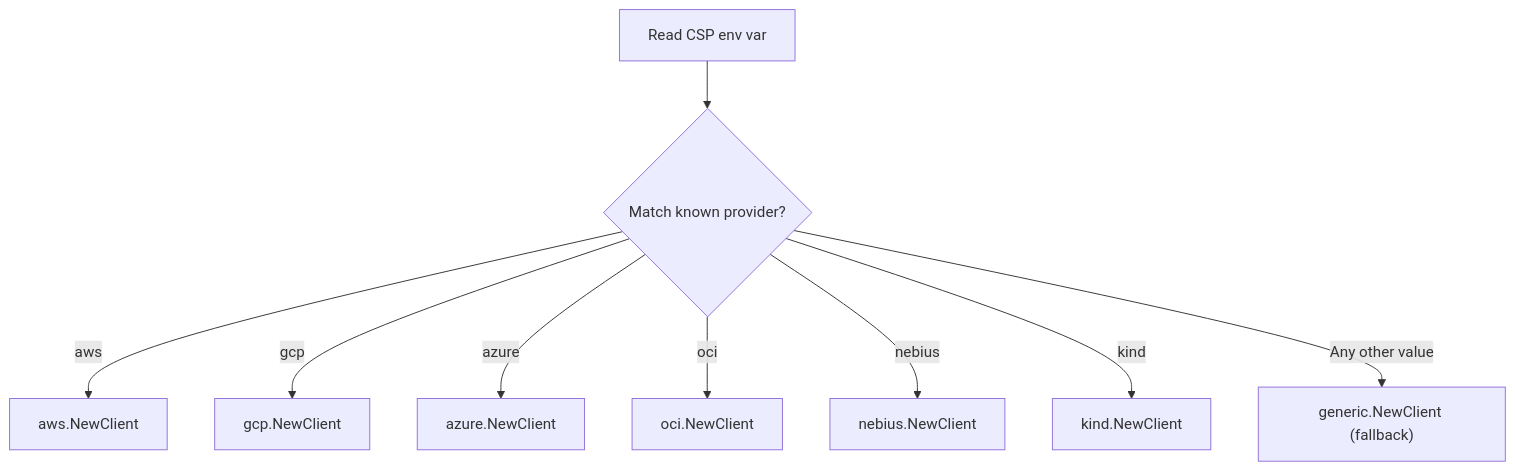
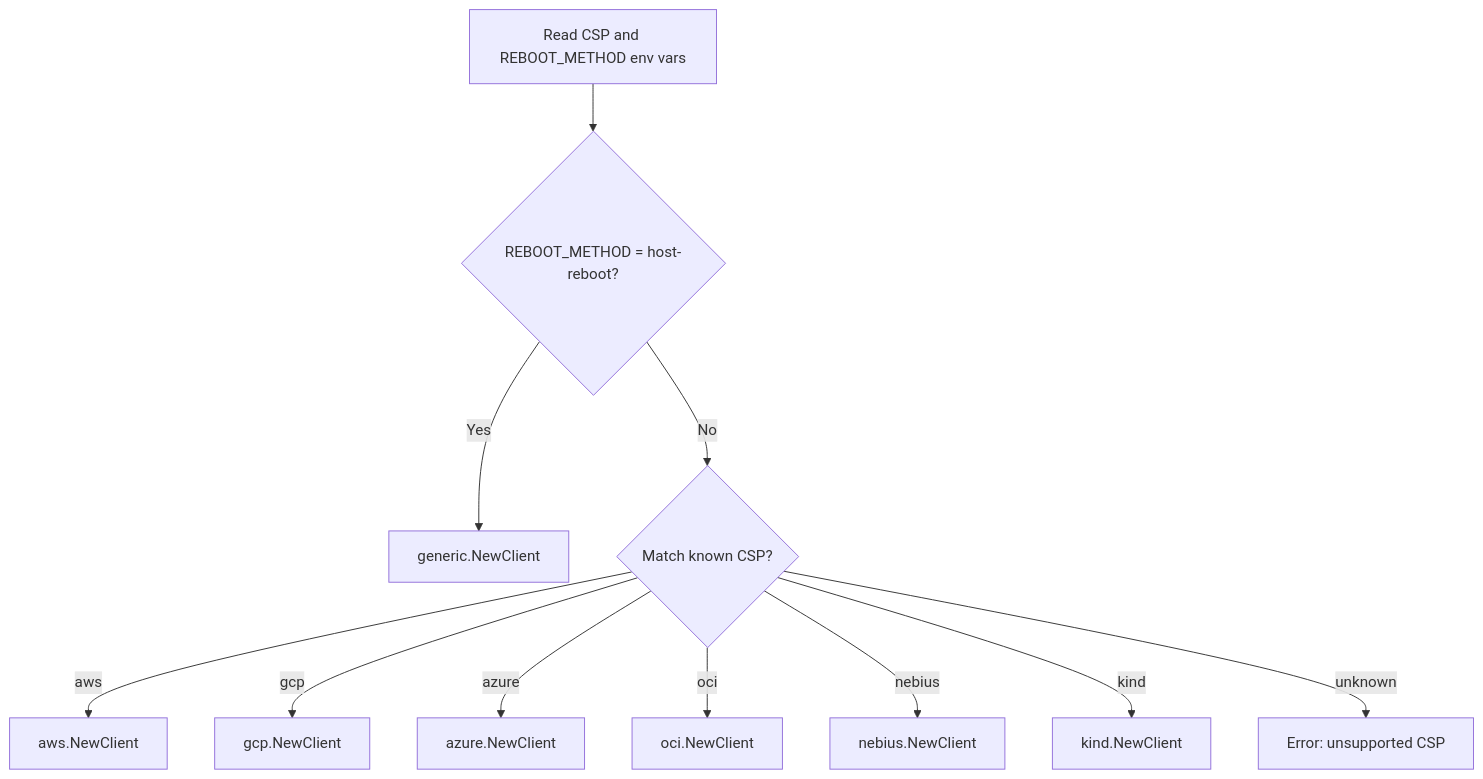
The second of 4 diagrams in docs/designs/028-generic-baremetal-reboot-provider.md (XRFXLP/NVSentinel), drawn with Mermaid before and after one commit. The commit also changed other lines of this file, not shown here.

````diff
--- a/docs/designs/028-generic-baremetal-reboot-provider.md
+++ b/docs/designs/028-generic-baremetal-reboot-provider.md
@@ -42,11 +44,13 @@
 ```mermaid
 flowchart TD
-    Start["Read CSP env var"] --> Switch{"Match known provider?"}
+    Start["Read CSP and REBOOT_METHOD env vars"] --> CheckMethod{"REBOOT_METHOD = host-reboot?"}
+    CheckMethod -->|Yes| GEN["generic.NewClient"]
+    CheckMethod -->|No| Switch{"Match known CSP?"}
     Switch -->|aws| AWS[aws.NewClient]
     Switch -->|gcp| GCP[gcp.NewClient]
     Switch -->|azure| AZR[azure.NewClient]
     Switch -->|oci| OCI[oci.NewClient]
     Switch -->|nebius| NEB[nebius.NewClient]
     Switch -->|kind| KND[kind.NewClient]
-    Switch -->|"Any other value"| GEN["generic.NewClient (fallback)"]
+    Switch -->|unknown| ERR["Error: unsupported CSP"]
 ```
````
